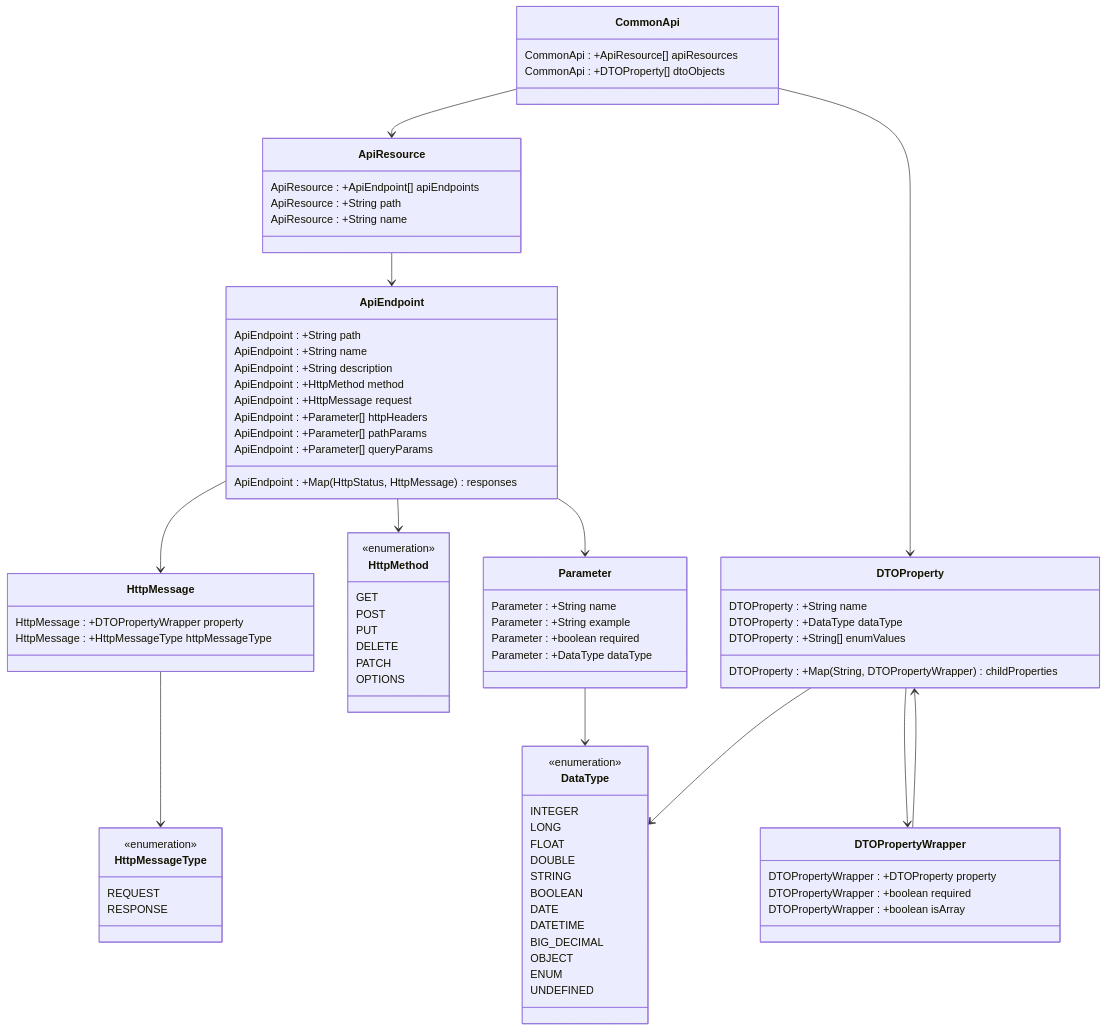
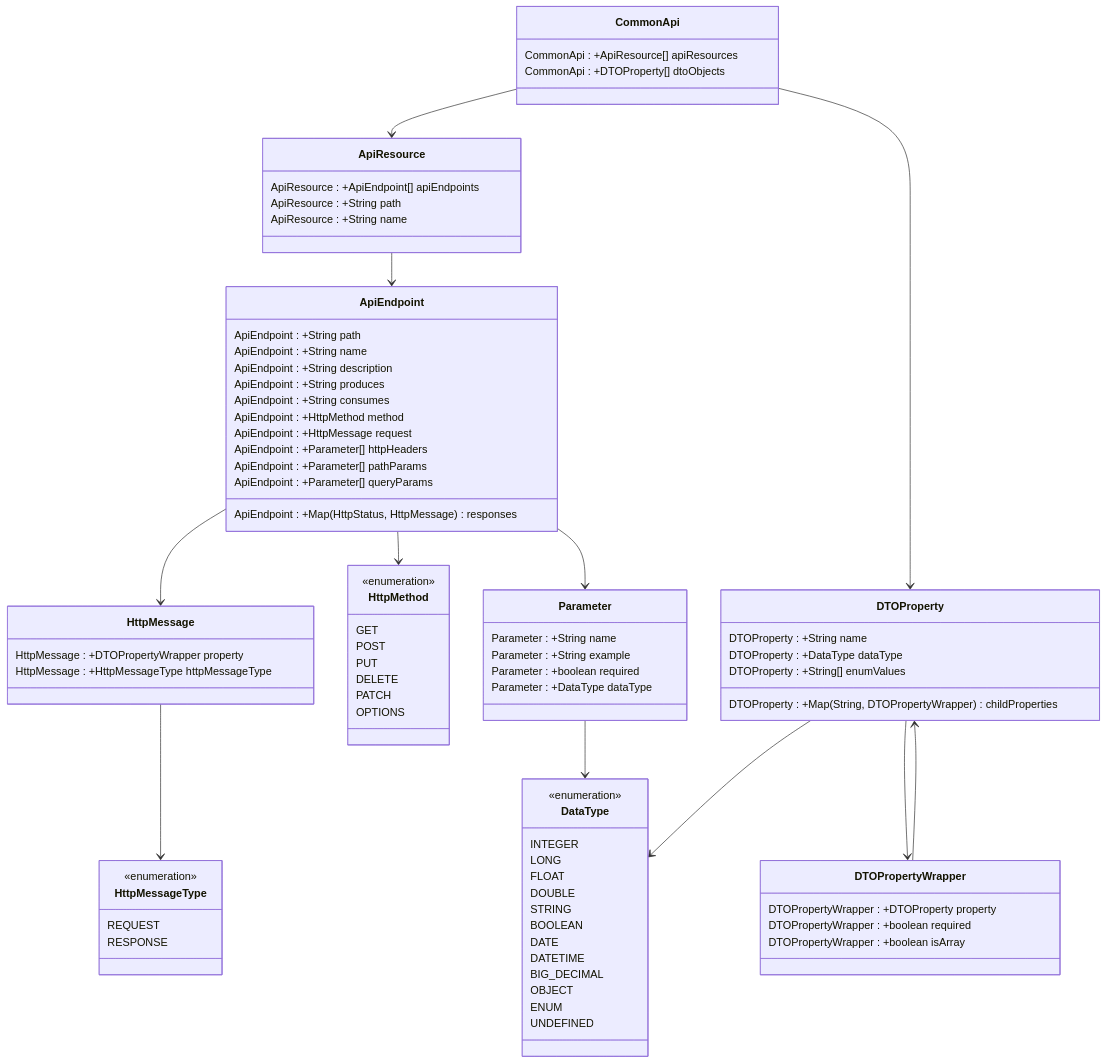
Before and after one commit to mmasata/enterprise-architect-code-generator: the second of 2 diagrams in docs/README_CS.md, drawn with Mermaid. The commit also changed other lines of this file and 10 other files, not shown here.

Commit message:
Add to java-spring generator produces and consumes information - with default value by config.

```diff
--- a/docs/README_CS.md
+++ b/docs/README_CS.md
@@ -119,6 +119,8 @@
     ApiEndpoint : +String path
     ApiEndpoint : +String name
     ApiEndpoint : +String description
+    ApiEndpoint : +String produces
+    ApiEndpoint : +String consumes
     ApiEndpoint : +HttpMethod method
     ApiEndpoint : +HttpMessage request
     ApiEndpoint : +Map(HttpStatus, HttpMessage) responses
```
